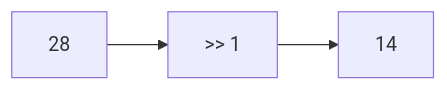
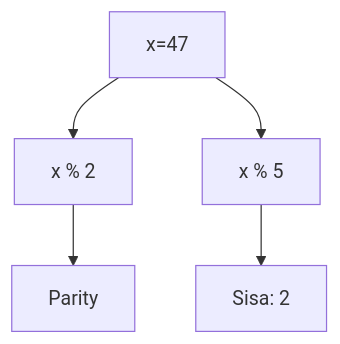
One commit to amnahwaida/OSNK_INF_PREP changed diagram 20 of 25 in part-c-pemahaman-cpp/06-bitwise/latihan/set-09.md. Above: the diagram before and after it, drawn with Mermaid. The commit also changed other lines of this file and 71 other files, not shown here.

````diff
--- a/part-c-pemahaman-cpp/06-bitwise/latihan/set-09.md
+++ b/part-c-pemahaman-cpp/06-bitwise/latihan/set-09.md
@@ -536,5 +600,7 @@
 ```mermaid
-graph LR
-    A[28] --> B[">> 1"]
-    B --> C[14]
+graph TD
+A[x=47] --> B[x % 2]
+B --> C[Parity]
+A --> D[x % 5]
+D --> E[Sisa: 2]
 ```
````
